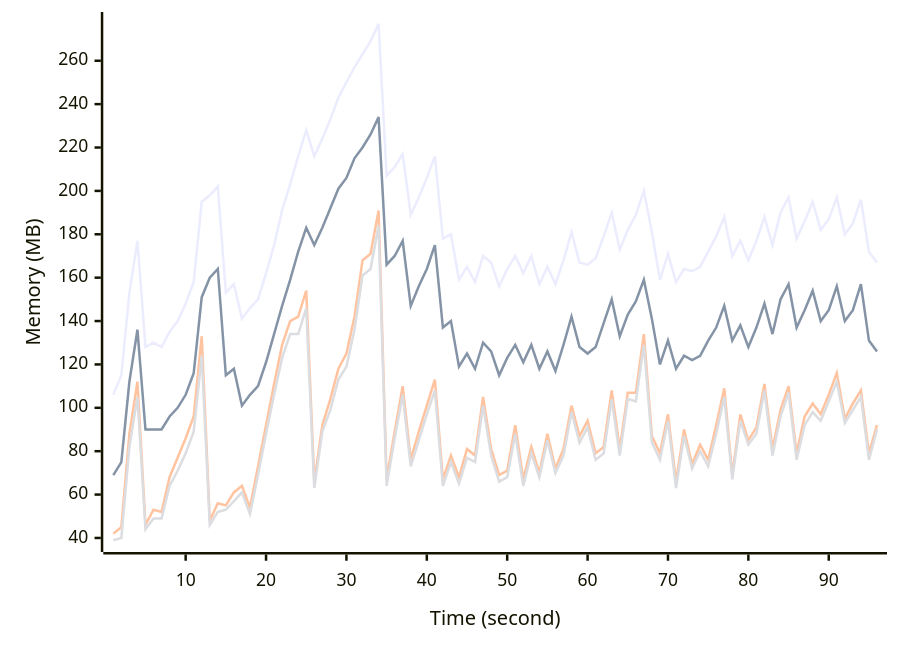
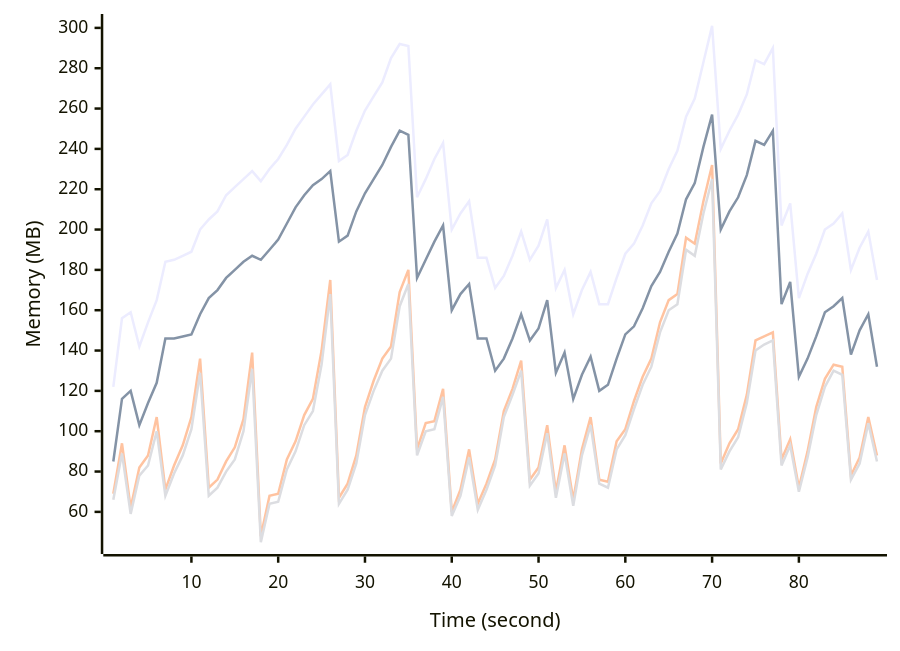
Before and after one commit to samchon/nestia-start: the diagram in docs/benchmarks/AMD Ryzen 9 7940HS w Radeon 780M Graphics.md, drawn with Mermaid. The commit also changed other lines of this file and 6 other files, not shown here.

````diff
--- a/docs/benchmarks/AMD Ryzen 9 7940HS w Radeon 780M Graphics.md
+++ b/docs/benchmarks/AMD Ryzen 9 7940HS w Radeon 780M Graphics.md
@@ -25,9 +25,9 @@
 ```mermaid
 xychart-beta
   x-axis "Time (second)"
   y-axis "Memory (MB)"
-  line "Resident Set Size" [106, 115, 153, 177, 128, 130, 128, 135, 140, 148, 158, 195, 198, 202, 153, 157, 141, 146, 150, 162, 175, 191, 203, 216, 228, 216, 224, 233, 243, 250, 257, 263, 269, 277, 207, 211, 217, 189, 197, 206, 216, 178, 180, 159, 165, 158, 170, 167, 156, 164, 170, 162, 170, 157, 165, 157, 168, 181, 167, 166, 169, 179, 190, 173, 182, 189, 200, 181, 159, 171, 158, 164, 163, 165, 172, 179, 188, 170, 177, 168, 177, 188, 175, 190, 197, 178, 186, 195, 182, 187, 197, 180, 185, 196, 172, 167]
-  line "Heap Total" [69, 75, 112, 136, 90, 90, 90, 96, 100, 106, 116, 151, 160, 164, 115, 118, 101, 106, 110, 121, 134, 147, 159, 172, 183, 175, 183, 192, 201, 206, 215, 220, 226, 234, 166, 170, 177, 147, 156, 164, 175, 137, 140, 119, 125, 118, 130, 126, 115, 123, 129, 121, 129, 118, 126, 117, 129, 142, 128, 125, 128, 139, 150, 133, 143, 149, 159, 141, 120, 131, 118, 124, 122, 124, 131, 137, 147, 131, 138, 128, 137, 148, 134, 150, 157, 137, 145, 154, 140, 145, 156, 140, 145, 157, 131, 126]
-  line "Heap Used + External" [42, 45, 88, 112, 46, 53, 52, 68, 77, 86, 96, 133, 48, 56, 55, 61, 64, 54, 73, 92, 111, 129, 140, 142, 154, 66, 92, 104, 118, 125, 142, 168, 171, 191, 67, 89, 110, 76, 89, 101, 113, 67, 78, 68, 81, 78, 105, 81, 69, 71, 92, 67, 82, 70, 88, 72, 81, 101, 87, 94, 79, 82, 108, 81, 107, 107, 134, 87, 79, 97, 66, 90, 74, 83, 76, 92, 109, 69, 97, 85, 91, 111, 81, 99, 110, 79, 96, 102, 97, 106, 116, 95, 102, 108, 79, 92]
-  line "Heap Used Only" [39, 40, 82, 105, 44, 49, 49, 64, 71, 79, 89, 124, 46, 52, 53, 57, 61, 51, 69, 88, 106, 123, 134, 134, 146, 63, 89, 99, 113, 119, 136, 161, 164, 184, 64, 86, 106, 73, 85, 97, 108, 64, 75, 65, 77, 75, 101, 78, 66, 68, 88, 64, 79, 68, 85, 70, 78, 98, 84, 91, 76, 79, 104, 78, 104, 103, 129, 84, 76, 94, 63, 87, 72, 80, 73, 88, 105, 67, 94, 83, 88, 108, 78, 96, 107, 76, 92, 98, 94, 103, 112, 93, 99, 105, 76, 90]
+  line "Resident Set Size" [122, 156, 159, 142, 154, 165, 184, 185, 187, 189, 200, 205, 209, 217, 221, 225, 229, 224, 230, 235, 242, 250, 256, 262, 267, 272, 234, 237, 249, 259, 266, 273, 285, 292, 291, 216, 225, 235, 243, 200, 208, 214, 186, 186, 171, 177, 187, 199, 185, 192, 205, 171, 180, 158, 170, 179, 163, 163, 176, 188, 193, 202, 213, 219, 230, 239, 256, 265, 283, 301, 240, 249, 257, 267, 284, 282, 290, 202, 213, 166, 178, 188, 200, 203, 208, 180, 191, 199, 175]
+  line "Heap Total" [85, 116, 120, 103, 114, 124, 146, 146, 147, 148, 158, 166, 170, 176, 180, 184, 187, 185, 190, 195, 203, 211, 217, 222, 225, 229, 194, 197, 209, 218, 225, 232, 241, 249, 247, 176, 185, 194, 202, 160, 168, 173, 146, 146, 130, 136, 146, 158, 145, 151, 165, 129, 139, 116, 128, 137, 120, 123, 136, 148, 152, 161, 172, 179, 189, 198, 215, 223, 241, 257, 200, 209, 216, 227, 244, 242, 249, 163, 174, 127, 136, 147, 159, 162, 166, 138, 150, 158, 132]
+  line "Heap Used + External" [69, 94, 62, 82, 88, 107, 71, 83, 93, 107, 136, 72, 76, 85, 92, 106, 139, 48, 68, 69, 86, 95, 108, 116, 140, 175, 67, 74, 88, 112, 125, 136, 142, 169, 180, 91, 104, 105, 121, 60, 71, 91, 64, 74, 86, 110, 121, 135, 76, 82, 103, 70, 93, 66, 91, 107, 76, 75, 95, 101, 115, 127, 136, 154, 165, 168, 196, 193, 214, 232, 84, 94, 101, 118, 145, 147, 149, 86, 96, 72, 90, 112, 126, 133, 132, 78, 87, 107, 88]
+  line "Heap Used Only" [66, 89, 59, 78, 83, 100, 68, 79, 88, 101, 129, 68, 72, 80, 86, 100, 131, 45, 64, 65, 81, 90, 103, 110, 133, 168, 64, 71, 84, 108, 120, 130, 136, 162, 173, 88, 100, 101, 117, 58, 68, 87, 61, 71, 83, 107, 118, 130, 73, 79, 99, 67, 89, 63, 88, 103, 74, 72, 91, 98, 111, 123, 132, 149, 160, 163, 190, 187, 208, 225, 81, 90, 97, 114, 140, 143, 145, 83, 93, 70, 87, 108, 122, 130, 128, 76, 84, 104, 85]
 ```
````
